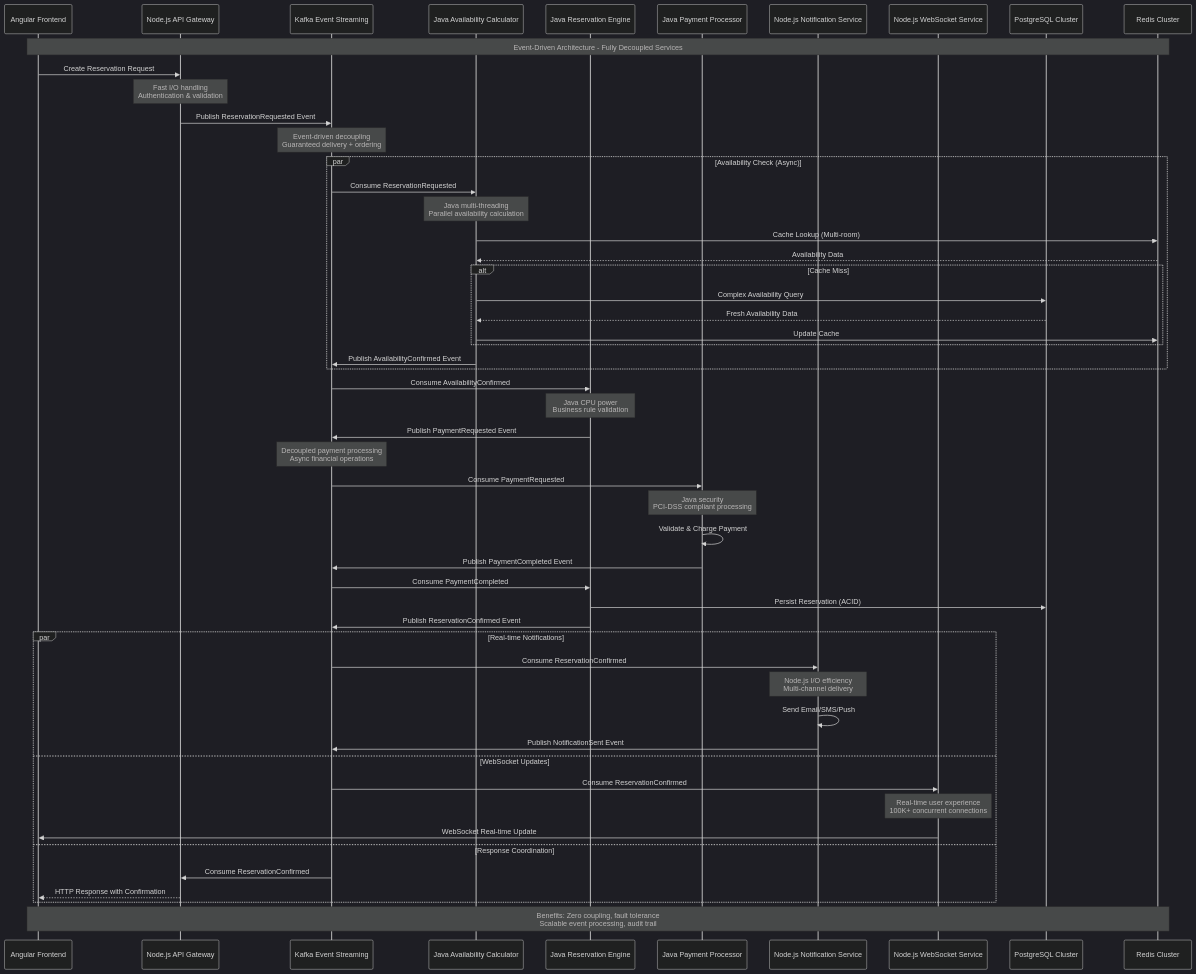
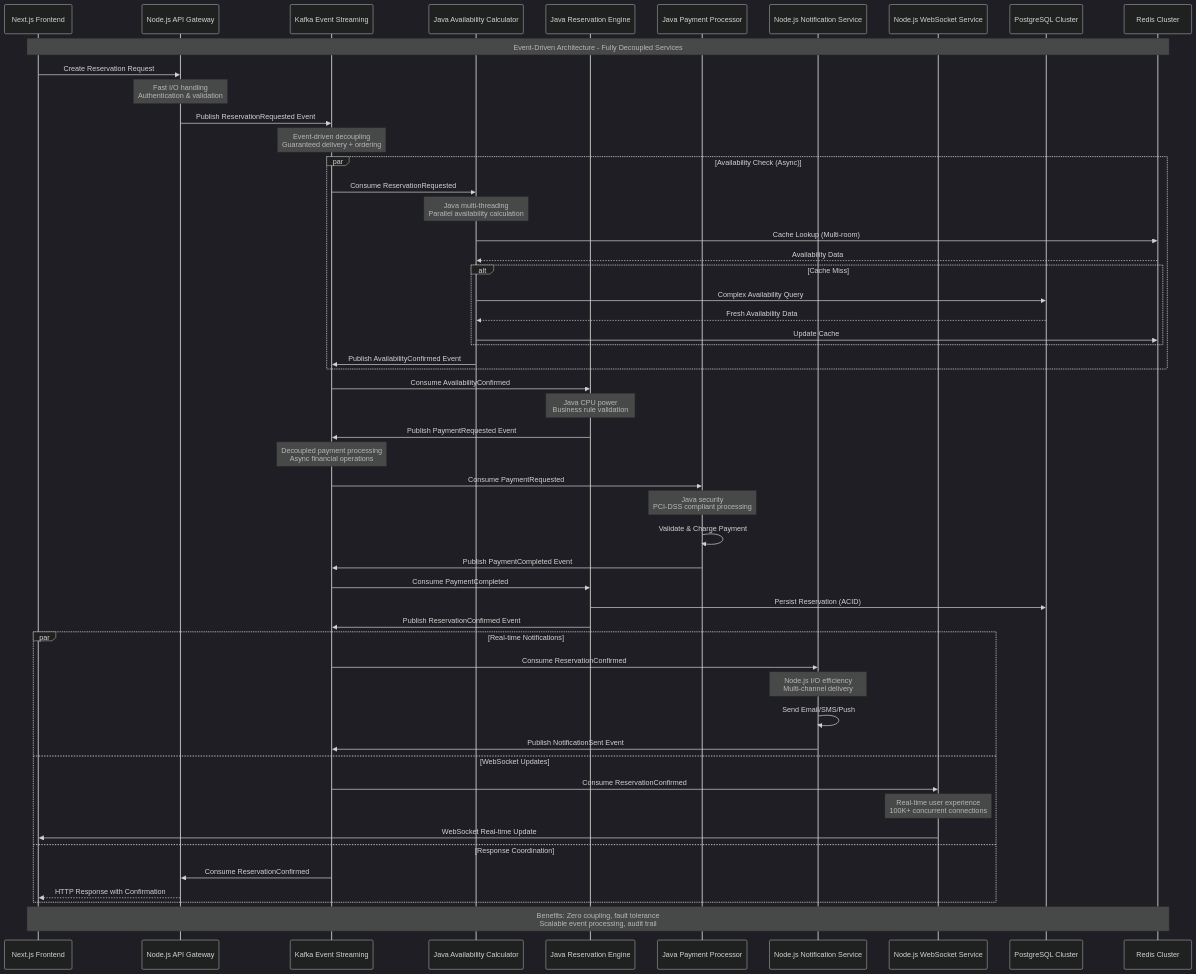
One commit to red2n/modern-reservation changed the fourth of 38 diagrams in docs/product-requirements-document.md. Above: the diagram before and after it, drawn with Mermaid (dark theme). The commit also changed other lines of this file and 8 other files, not shown here.

````diff
--- a/docs/product-requirements-document.md
+++ b/docs/product-requirements-document.md
@@ -297,65 +298,65 @@
 ```mermaid
 sequenceDiagram
-    participant UI as Angular Frontend
+    participant UI as Next.js Frontend
     participant GW as Node.js API Gateway
     participant K as Kafka Event Streaming
     participant AC as Java Availability Calculator
     participant RE as Java Reservation Engine
     participant PP as Java Payment Processor
     participant NS as Node.js Notification Service
     participant WS as Node.js WebSocket Service
     participant DB as PostgreSQL Cluster
     participant RC as Redis Cluster
 
     Note over UI,RC: Event-Driven Architecture - Fully Decoupled Services
 
     UI->>GW: Create Reservation Request
     Note over GW: Fast I/O handling<br/>Authentication & validation
 
     GW->>K: Publish ReservationRequested Event
     Note over K: Event-driven decoupling<br/>Guaranteed delivery + ordering
 
     par Availability Check (Async)
         K->>AC: Consume ReservationRequested
         Note over AC: Java multi-threading<br/>Parallel availability calculation
         AC->>RC: Cache Lookup (Multi-room)
         RC-->>AC: Availability Data
         alt Cache Miss
             AC->>DB: Complex Availability Query
             DB-->>AC: Fresh Availability Data
             AC->>RC: Update Cache
         end
         AC->>K: Publish AvailabilityConfirmed Event
     end
 
     K->>RE: Consume AvailabilityConfirmed
     Note over RE: Java CPU power<br/>Business rule validation
 
     RE->>K: Publish PaymentRequested Event
     Note over K: Decoupled payment processing<br/>Async financial operations
 
     K->>PP: Consume PaymentRequested
     Note over PP: Java security<br/>PCI-DSS compliant processing
     PP->>PP: Validate & Charge Payment
     PP->>K: Publish PaymentCompleted Event
 
     K->>RE: Consume PaymentCompleted
     RE->>DB: Persist Reservation (ACID)
     RE->>K: Publish ReservationConfirmed Event
 
     par Real-time Notifications
         K->>NS: Consume ReservationConfirmed
         Note over NS: Node.js I/O efficiency<br/>Multi-channel delivery
         NS->>NS: Send Email/SMS/Push
         NS->>K: Publish NotificationSent Event
     and WebSocket Updates
         K->>WS: Consume ReservationConfirmed
         Note over WS: Real-time user experience<br/>100K+ concurrent connections
         WS->>UI: WebSocket Real-time Update
     and Response Coordination
         K->>GW: Consume ReservationConfirmed
         GW-->>UI: HTTP Response with Confirmation
     end
 
     Note over UI,RC: Benefits: Zero coupling, fault tolerance<br/>Scalable event processing, audit trail
 ```
````
